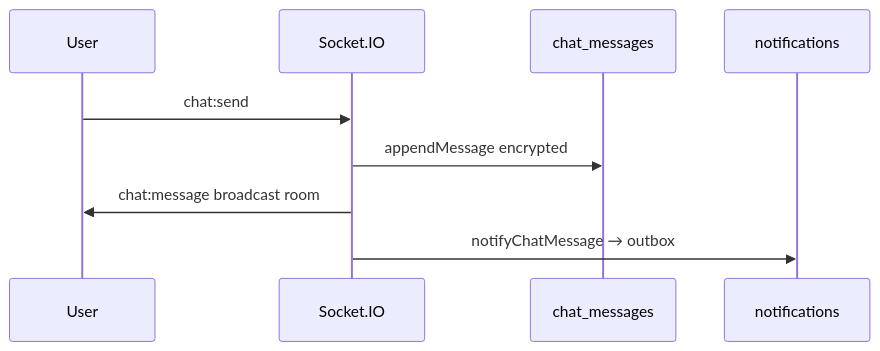
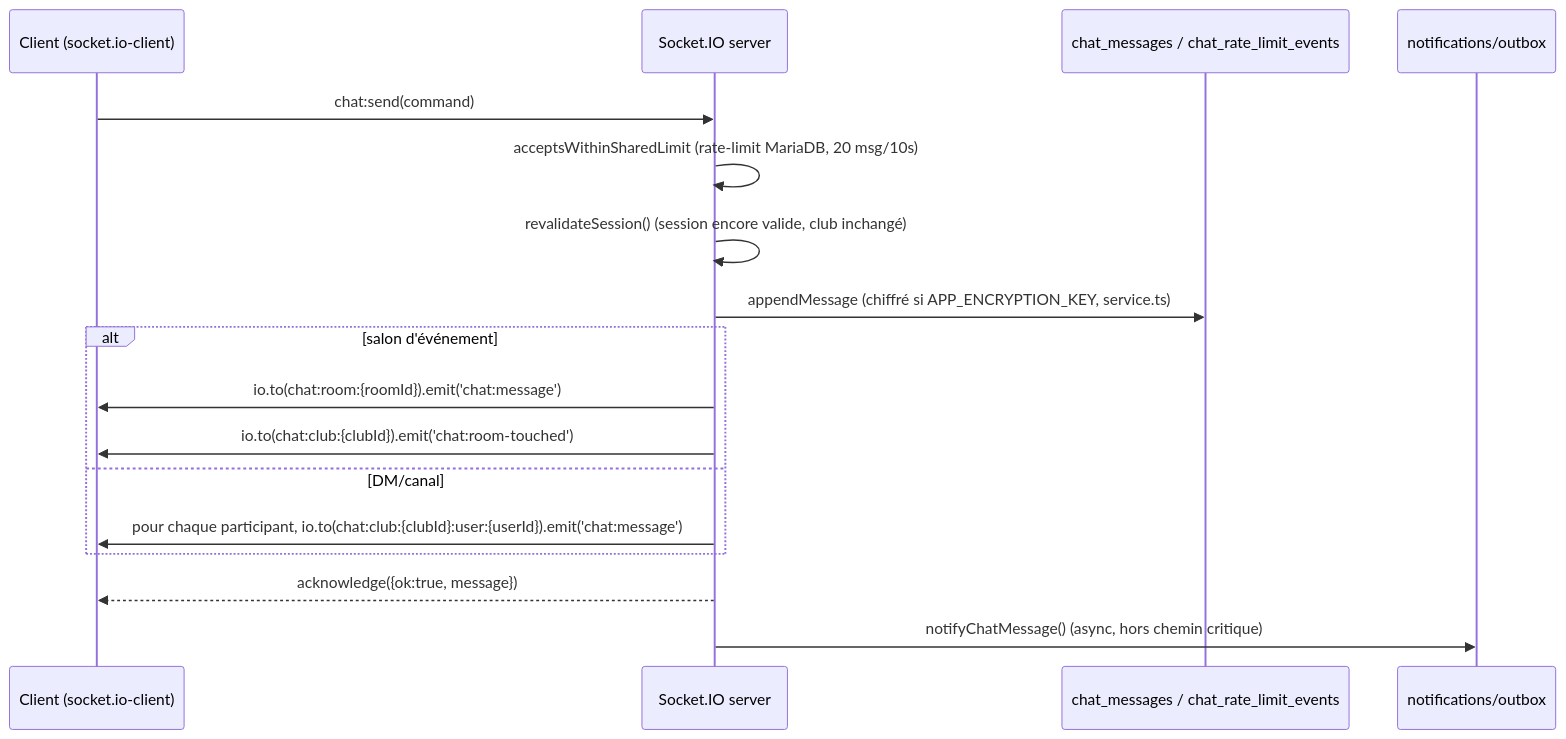
Before and after one commit to brahmiamine/afp-planning: the sixth of 7 diagrams in audits/00-global-cartography.md, drawn with Mermaid. The commit also changed other lines of this file, not shown here.

````diff
--- a/audits/00-global-cartography.md
+++ b/audits/00-global-cartography.md
@@ -289,12 +545,20 @@
 ```mermaid
 sequenceDiagram
-  participant U as User
-  participant S as Socket.IO
-  participant DB as chat_messages
-  participant N as notifications
+  participant U as Client (socket.io-client)
+  participant S as Socket.IO server
+  participant DB as chat_messages / chat_rate_limit_events
+  participant N as notifications/outbox
 
-  U->>S: chat:send
-  S->>DB: appendMessage encrypted
-  S->>U: chat:message broadcast room
-  S->>N: notifyChatMessage → outbox
+  U->>S: chat:send(command)
+  S->>S: acceptsWithinSharedLimit (rate-limit MariaDB, 20 msg/10s)
+  S->>S: revalidateSession() (session encore valide, club inchangé)
+  S->>DB: appendMessage (chiffré si APP_ENCRYPTION_KEY, service.ts)
+  alt salon d'événement
+    S->>U: io.to(chat:room:{roomId}).emit('chat:message')
+    S->>U: io.to(chat:club:{clubId}).emit('chat:room-touched')
+  else DM/canal
+    S->>U: pour chaque participant, io.to(chat:club:{clubId}:user:{userId}).emit('chat:message')
+  end
+  S-->>U: acknowledge({ok:true, message})
+  S->>N: notifyChatMessage() (async, hors chemin critique)
 ```
````
